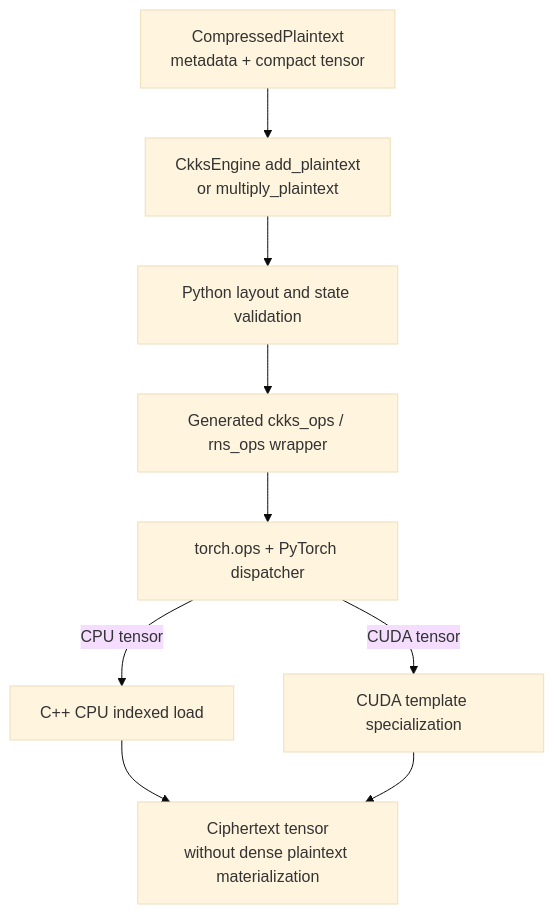
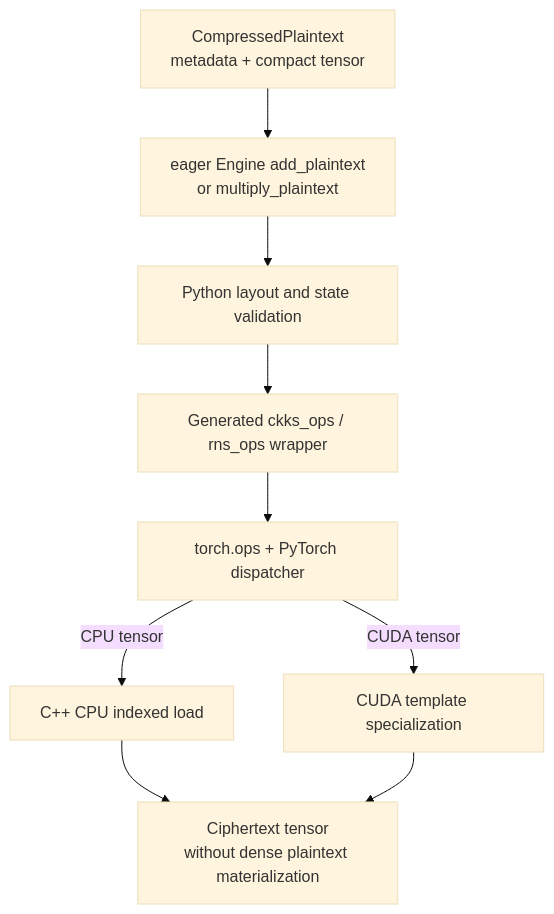
The diagram in docs/developer/compressed-plaintext-internals.md (visualDust/fhelium), drawn with Mermaid (base theme) before and after one commit. The commit also changed other lines of this file and 612 other files, not shown here.

Commit message:
Introduce several architecture changes and support Windows native build

````diff
--- a/docs/developer/compressed-plaintext-internals.md
+++ b/docs/developer/compressed-plaintext-internals.md
@@ -12,15 +13,15 @@
 ```mermaid
 graph TB
     VALUE[CompressedPlaintext<br/>metadata + compact tensor]
-    ENGINE[CkksEngine add_plaintext<br/>or multiply_plaintext]
+    ENGINE[eager Engine add_plaintext<br/>or multiply_plaintext]
     SELECT[Python layout and state validation]
     WRAP[Generated ckks_ops / rns_ops wrapper]
     DISP[torch.ops + PyTorch dispatcher]
     CPU[C++ CPU indexed load]
     CUDA[CUDA template specialization]
     OUT[Ciphertext tensor<br/>without dense plaintext materialization]
 
     VALUE --> ENGINE --> SELECT --> WRAP --> DISP
     DISP -->|CPU tensor| CPU --> OUT
     DISP -->|CUDA tensor| CUDA --> OUT
 ```
````
